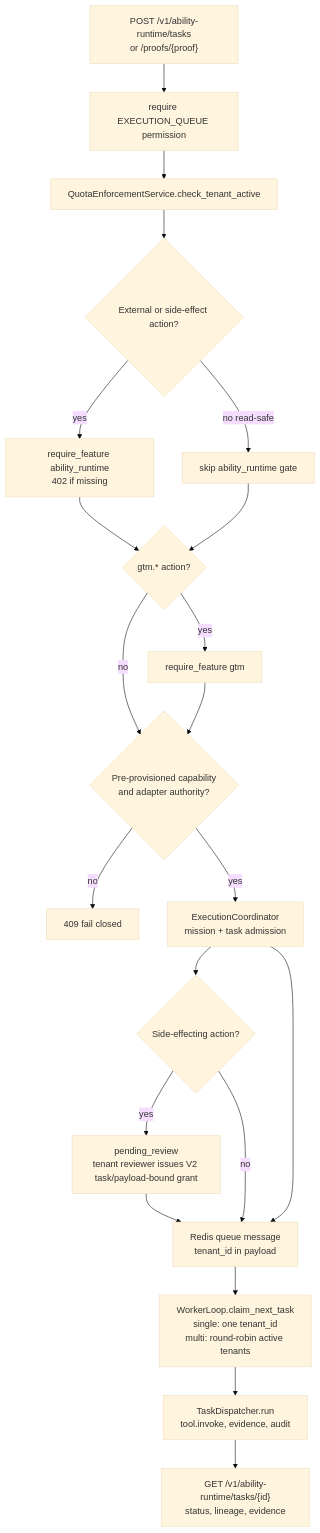
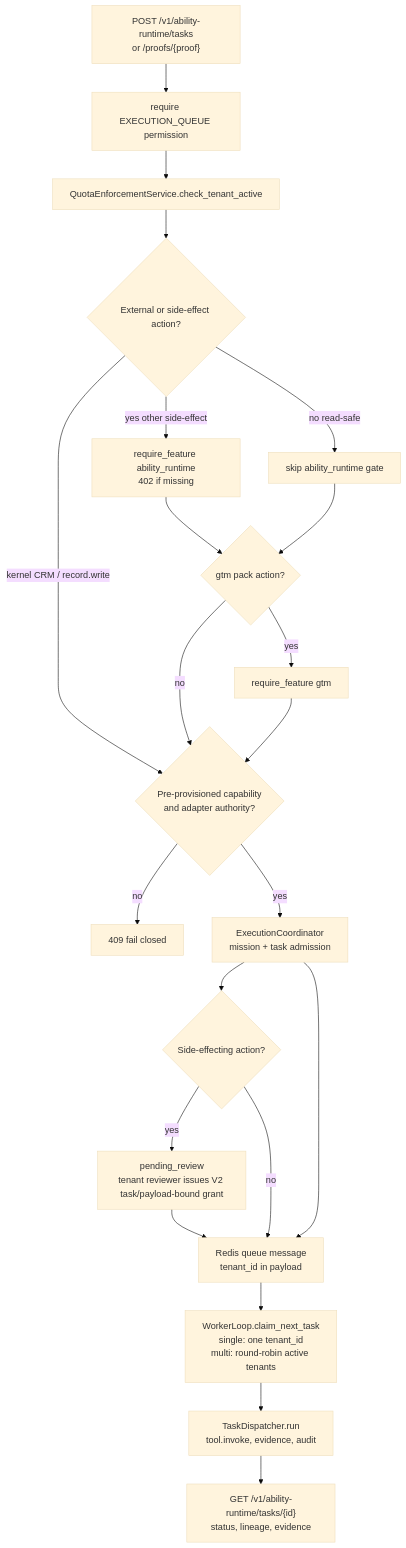
Before and after one commit to 1devteam/ajenda-ai: the fifth of 9 diagrams in docs/architecture/SYSTEM_ARCHITECTURE.md, drawn with Mermaid (base theme). The commit also changed other lines of this file and 7 other files, not shown here.

````diff
--- a/docs/architecture/SYSTEM_ARCHITECTURE.md
+++ b/docs/architecture/SYSTEM_ARCHITECTURE.md
@@ -167,23 +170,24 @@
 ```mermaid
 flowchart TD
     A["POST /v1/ability-runtime/tasks<br/>or /proofs/{proof}"] --> B["require EXECUTION_QUEUE permission"]
     B --> C["QuotaEnforcementService.check_tenant_active"]
     C --> D{"External or side-effect action?"}
-    D -->|yes| E["require_feature ability_runtime<br/>402 if missing"]
+    D -->|kernel CRM / record.write| A1
+    D -->|yes other side-effect| E["require_feature ability_runtime<br/>402 if missing"]
     D -->|no read-safe| F["skip ability_runtime gate"]
-    E --> G{"gtm.* action?"}
+    E --> G{"gtm pack action?"}
     F --> G
     G -->|yes| H["require_feature gtm"]
     G -->|no| A1{"Pre-provisioned capability<br/>and adapter authority?"}
     H --> A1
     A1 -->|no| X["409 fail closed"]
     A1 -->|yes| I["ExecutionCoordinator<br/>mission + task admission"]
     I --> R{"Side-effecting action?"}
     R -->|yes| V["pending_review<br/>tenant reviewer issues V2 task/payload-bound grant"]
     V --> J
     R -->|no| J
     I --> J["Redis queue message<br/>tenant_id in payload"]
     J --> K["WorkerLoop.claim_next_task<br/>single: one tenant_id<br/>multi: round-robin active tenants"]
     K --> L["TaskDispatcher.run<br/>tool.invoke, evidence, audit"]
     L --> M["GET /v1/ability-runtime/tasks/{id}<br/>status, lineage, evidence"]
 ```
````
